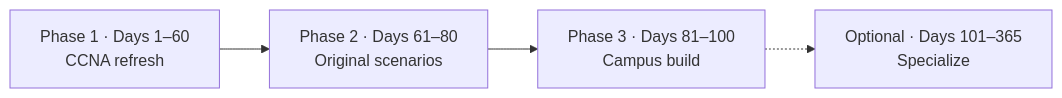
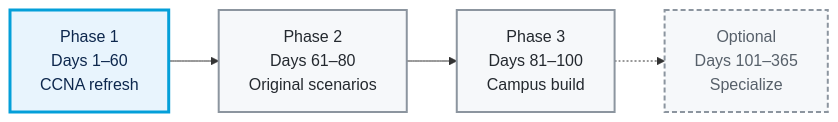
The diagram in docs/roadmap.md (migyuelito/100-days-of-networking), drawn with Mermaid before and after one commit. The commit also changed other lines of this file and 6 other files, not shown here.

````diff
--- a/docs/roadmap.md
+++ b/docs/roadmap.md
@@ -3,4 +10,12 @@
 ```mermaid
 flowchart LR
-    P1["Phase 1 · Days 1–60<br/>CCNA refresh"] --> P2["Phase 2 · Days 61–80<br/>Original scenarios"] --> P3["Phase 3 · Days 81–100<br/>Campus build"] -.-> P4["Optional · Days 101–365<br/>Specialize"]
+    P1["Phase 1<br/>Days 1–60<br/>CCNA refresh"] --> P2["Phase 2<br/>Days 61–80<br/>Original scenarios"] --> P3["Phase 3<br/>Days 81–100<br/>Campus build"] -.-> P4["Optional<br/>Days 101–365<br/>Specialize"]
+
+    %% Move the "now" class to the phase you're in.
+    classDef now fill:#E8F4FD,stroke:#049FD9,stroke-width:3px,color:#0D274D
+    classDef next fill:#F6F8FA,stroke:#8C959F,stroke-width:2px,color:#24292F
+    classDef later fill:#F6F8FA,stroke:#8C959F,stroke-width:2px,stroke-dasharray:5 3,color:#57606A
+    class P1 now
+    class P2,P3 next
+    class P4 later
 ```
````
